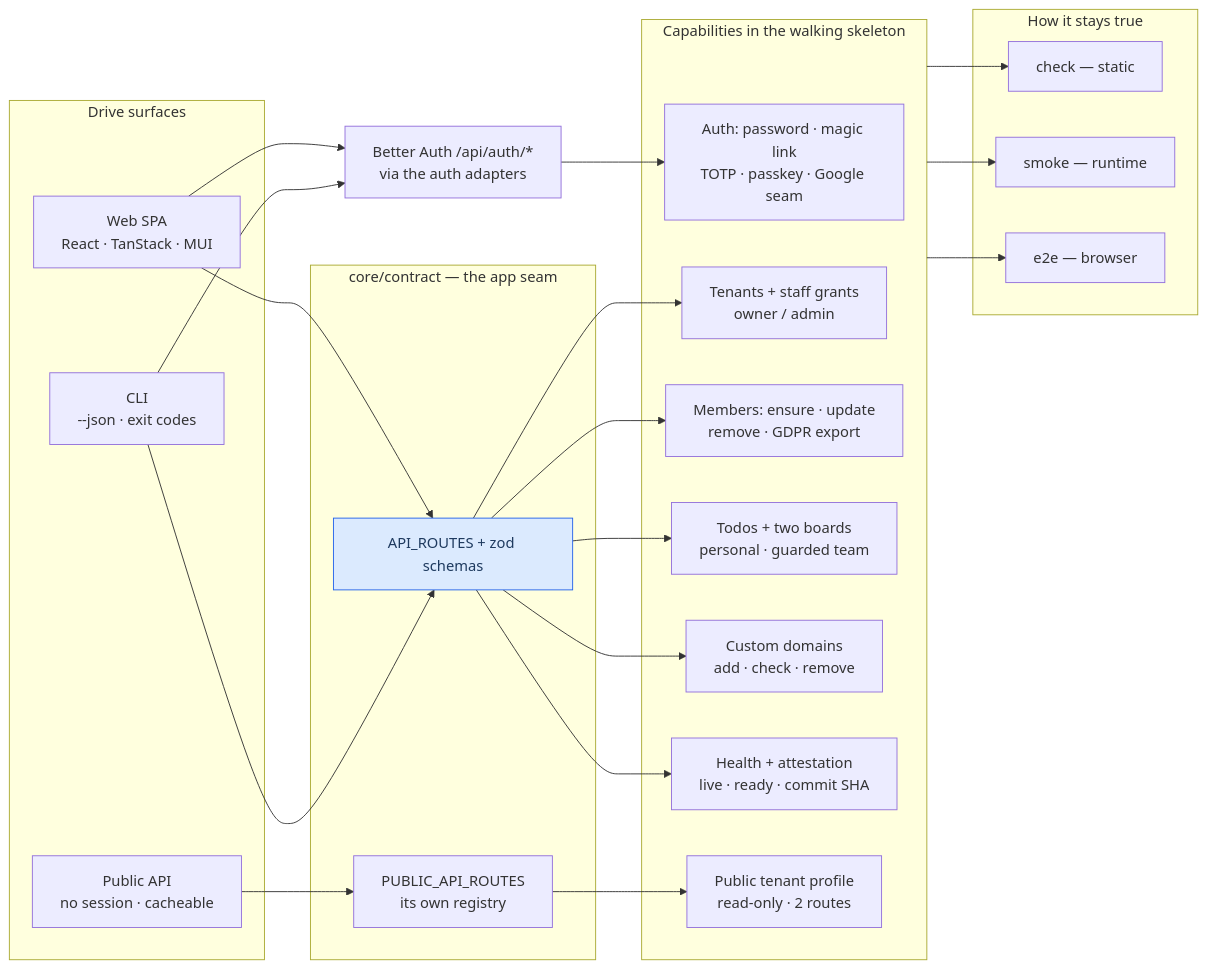
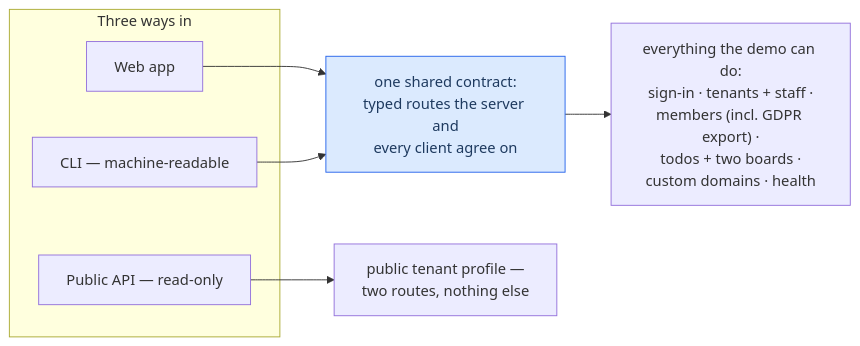
The diagram in website/docs/start/landing.md (chomamateusz/agentproofarch), drawn with Mermaid before and after one commit. The commit also changed other lines of this file and 28 other files, not shown here.

First line of the commit message:
Docs variant B: reader-path restructure — sidebar by journey, ai-review gate, CLI reference, self-host and first-run troubleshooting extracted to own pages, plus text-level readability fixes

````diff
--- a/website/docs/start/landing.md
+++ b/website/docs/start/landing.md
@@ -105,51 +109,22 @@
 ```mermaid
 graph LR
-  subgraph surfaces["Drive surfaces"]
-    web["Web SPA<br/>React · TanStack · MUI"]
-    cli["CLI<br/>--json · exit codes"]
-    pub["Public API<br/>no session · cacheable"]
+  subgraph surfaces["Three ways in"]
+    web["Web app"]
+    cli["CLI — machine-readable"]
+    pub["Public API — read-only"]
   end
 
-  subgraph seam["core/contract — the app seam"]
-    routes["API_ROUTES + zod schemas"]
-    publicRoutes["PUBLIC_API_ROUTES<br/>its own registry"]
-  end
+  seam["one shared contract:<br/>typed routes the server and<br/>every client agree on"]
 
-  authRoutes["Better Auth /api/auth/*<br/>via the auth adapters"]
+  caps["everything the demo can do:<br/>sign-in · tenants + staff ·<br/>members (incl. GDPR export) ·<br/>todos + two boards ·<br/>custom domains · health"]
 
-  subgraph caps["Capabilities in the walking skeleton"]
-    auth["Auth: password · magic link<br/>TOTP · passkey · Google seam"]
-    tenants["Tenants + staff grants<br/>owner / admin"]
-    members["Members: ensure · update<br/>remove · GDPR export"]
-    work["Todos + two boards<br/>personal · guarded team"]
-    domains["Custom domains<br/>add · check · remove"]
-    health["Health + attestation<br/>live · ready · commit SHA"]
-    profile["Public tenant profile<br/>read-only · 2 routes"]
-  end
+  pubcaps["public tenant profile —<br/>two routes, nothing else"]
 
-  subgraph gates["How it stays true"]
-    check["check — static"]
-    smoke["smoke — runtime"]
-    e2e["e2e — browser"]
-  end
-
-  web --> routes
-  cli --> routes
-  web --> authRoutes
-  cli --> authRoutes
-  pub --> publicRoutes
-  authRoutes --> auth
-  routes --> tenants
-  routes --> members
-  routes --> work
-  routes --> domains
-  routes --> health
-  publicRoutes --> profile
-
-  caps --> check
-  caps --> smoke
-  caps --> e2e
+  web --> seam
+  cli --> seam
+  seam --> caps
+  pub --> pubcaps
 
   classDef highlight fill:#dbeafe,stroke:#2563eb,color:#1e3a5f;
-  class routes highlight;
+  class seam highlight;
 ```
````
